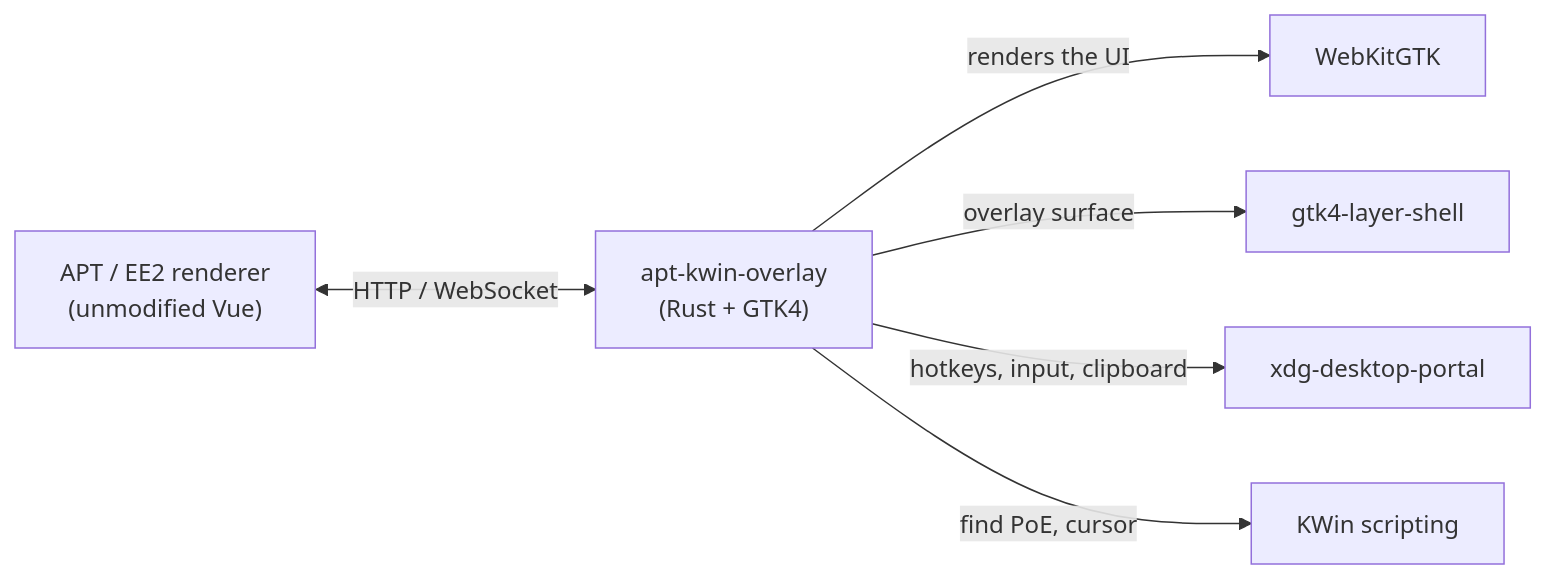
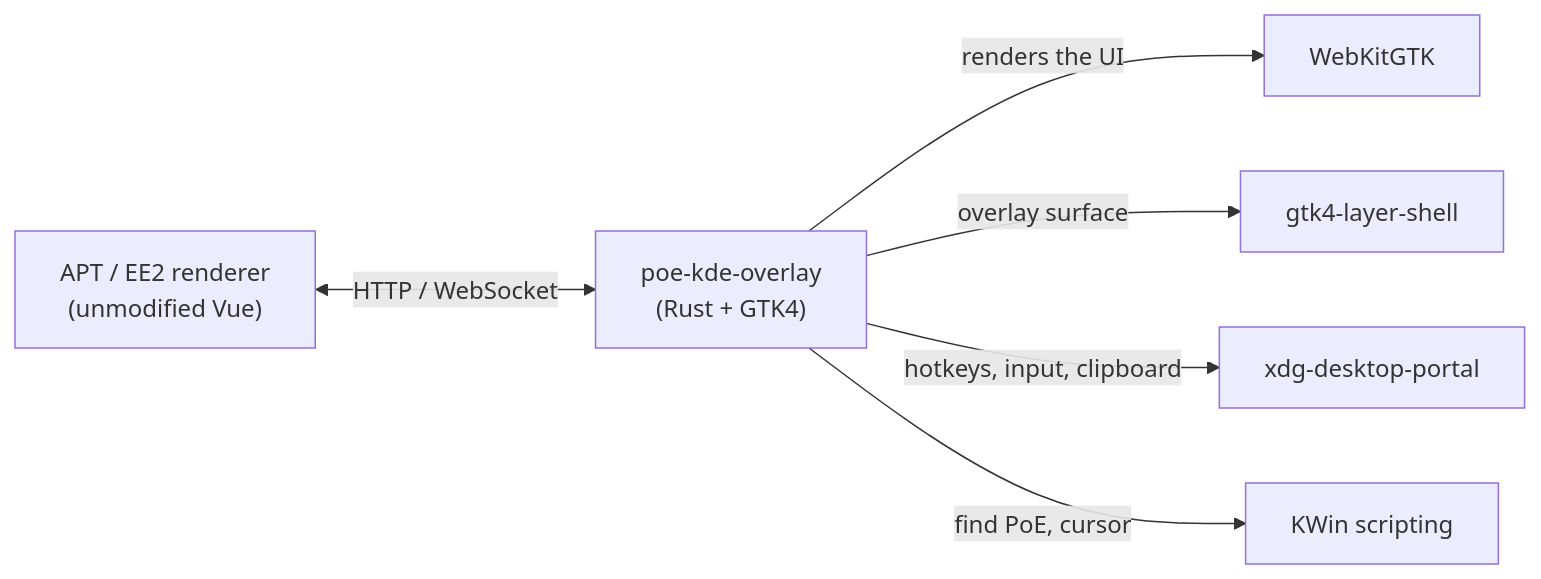
One commit to thwonghin/poe-kde-overlay changed the diagram in README.md. Above: the diagram before and after it, drawn with Mermaid. The commit also changed other lines of this file and 16 other files, not shown here.

First line of the commit message:
chore: rename apt-kwin-overlay to poe-kde-overlay

````diff
--- a/README.md
+++ b/README.md
@@ -25,8 +25,8 @@
 ```mermaid
 flowchart LR
-    R["APT / EE2 renderer<br/>(unmodified Vue)"] <-->|HTTP / WebSocket| H["apt-kwin-overlay<br/>(Rust + GTK4)"]
+    R["APT / EE2 renderer<br/>(unmodified Vue)"] <-->|HTTP / WebSocket| H["poe-kde-overlay<br/>(Rust + GTK4)"]
     H -->|renders the UI| W[WebKitGTK]
     H -->|overlay surface| L[gtk4-layer-shell]
     H -->|hotkeys, input, clipboard| P[xdg-desktop-portal]
     H -->|find PoE, cursor| K[KWin scripting]
 ```
````
